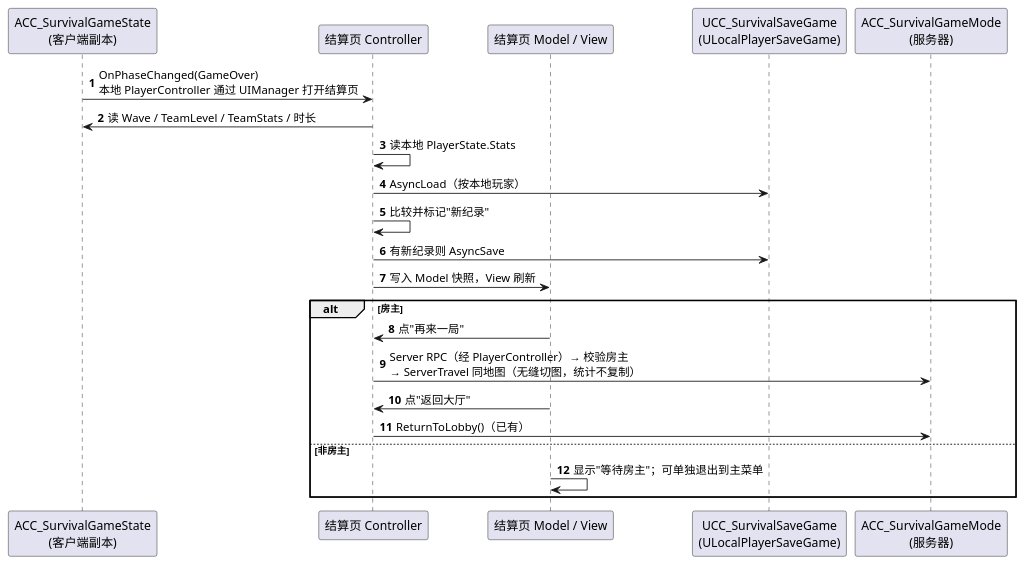
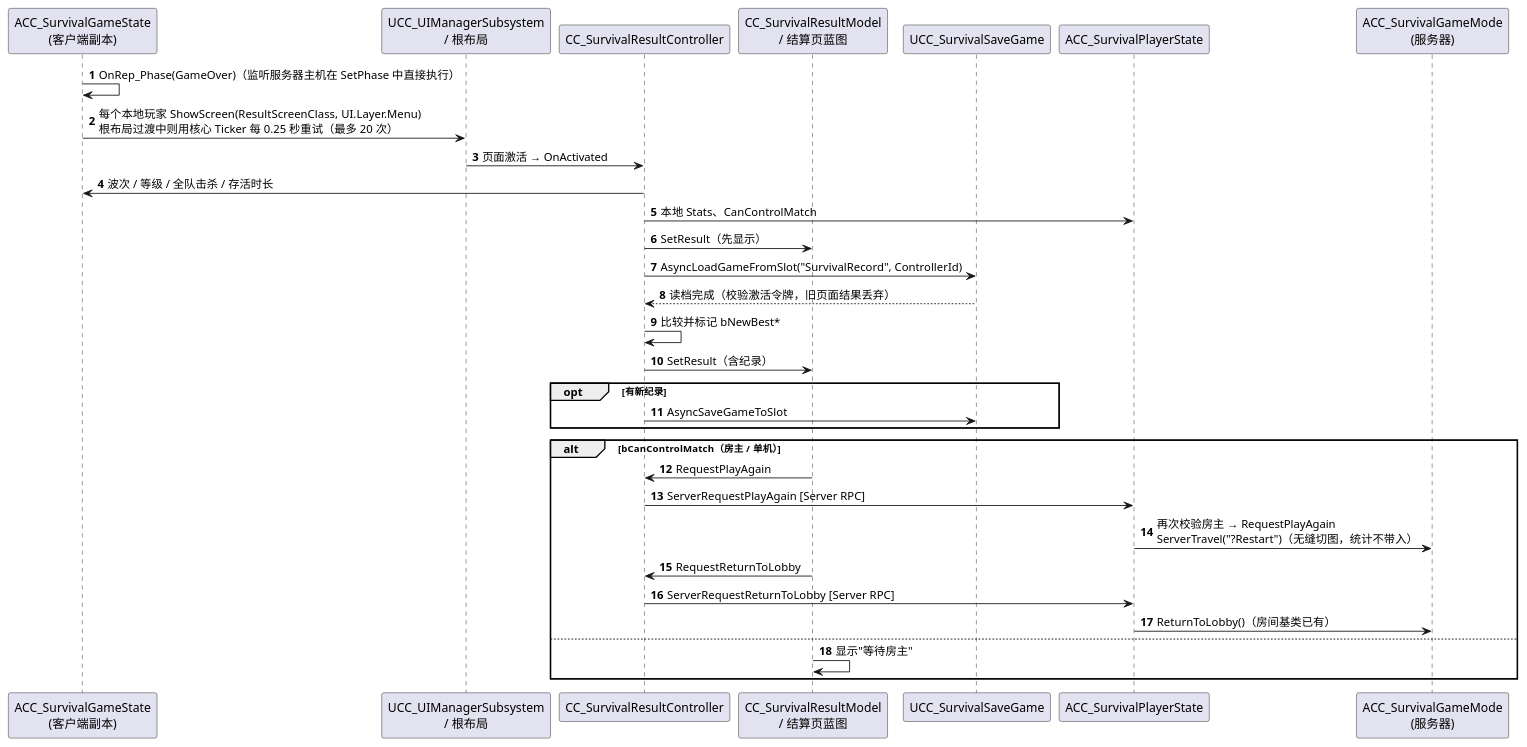
Before and after one commit to peng984251536/GAS_Demo: diagram 11 of 11 in Docs/SurvivalMode.zh-CN.md, drawn with PlantUML. The commit also changed other lines of this file and 141 other files, not shown here.

````diff
--- a/Docs/SurvivalMode.zh-CN.md
+++ b/Docs/SurvivalMode.zh-CN.md
@@ -780,29 +826,40 @@
 ```plantuml
 @startuml 结算
 skinparam shadowing false
 skinparam defaultFontName "Microsoft YaHei"
 autonumber
 
 participant "ACC_SurvivalGameState\n(客户端副本)" as GS
-participant "结算页 Controller" as CTRL
-participant "结算页 Model / View" as VIEW
-participant "UCC_SurvivalSaveGame\n(ULocalPlayerSaveGame)" as SAVE
+participant "UCC_UIManagerSubsystem\n/ 根布局" as UIM
+participant "CC_SurvivalResultController" as CTRL
+participant "CC_SurvivalResultModel\n/ 结算页蓝图" as VIEW
+participant "UCC_SurvivalSaveGame" as SAVE
+participant "ACC_SurvivalPlayerState" as PS
 participant "ACC_SurvivalGameMode\n(服务器)" as GM
 
-GS -> CTRL : OnPhaseChanged(GameOver)\n本地 PlayerController 通过 UIManager 打开结算页
-CTRL -> GS : 读 Wave / TeamLevel / TeamStats / 时长
-CTRL -> CTRL : 读本地 PlayerState.Stats
-CTRL -> SAVE : AsyncLoad（按本地玩家）
-CTRL -> CTRL : 比较并标记"新纪录"
-CTRL -> SAVE : 有新纪录则 AsyncSave
-CTRL -> VIEW : 写入 Model 快照，View 刷新
-alt 房主
-  VIEW -> CTRL : 点"再来一局"
-  CTRL -> GM : Server RPC（经 PlayerController）→ 校验房主\n→ ServerTravel 同地图（无缝切图，统计不复制）
-  VIEW -> CTRL : 点"返回大厅"
-  CTRL -> GM : ReturnToLobby()（已有）
-else 非房主
-  VIEW -> VIEW : 显示"等待房主"；可单独退出到主菜单
+GS -> GS : OnRep_Phase(GameOver)（监听服务器主机在 SetPhase 中直接执行）
+GS -> UIM : 每个本地玩家 ShowScreen(ResultScreenClass, UI.Layer.Menu)\n根布局过渡中则用核心 Ticker 每 0.25 秒重试（最多 20 次）
+UIM -> CTRL : 页面激活 → OnActivated
+CTRL -> GS : 波次 / 等级 / 全队击杀 / 存活时长
+CTRL -> PS : 本地 Stats、CanControlMatch
+CTRL -> VIEW : SetResult（先显示）
+CTRL -> SAVE : AsyncLoadGameFromSlot("SurvivalRecord", ControllerId)
+SAVE --> CTRL : 读档完成（校验激活令牌，旧页面结果丢弃）
+CTRL -> CTRL : 比较并标记 bNewBest*
+CTRL -> VIEW : SetResult（含纪录）
+opt 有新纪录
+  CTRL -> SAVE : AsyncSaveGameToSlot
+end
+
+alt bCanControlMatch（房主 / 单机）
+  VIEW -> CTRL : RequestPlayAgain
+  CTRL -> PS : ServerRequestPlayAgain [Server RPC]
+  PS -> GM : 再次校验房主 → RequestPlayAgain\nServerTravel("?Restart")（无缝切图，统计不带入）
+  VIEW -> CTRL : RequestReturnToLobby
+  CTRL -> PS : ServerRequestReturnToLobby [Server RPC]
+  PS -> GM : ReturnToLobby()（房间基类已有）
+else
+  VIEW -> VIEW : 显示"等待房主"
 end
 @enduml
 ```
````
